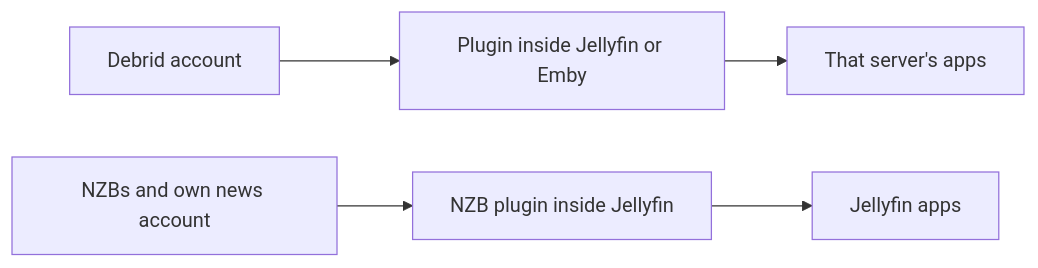
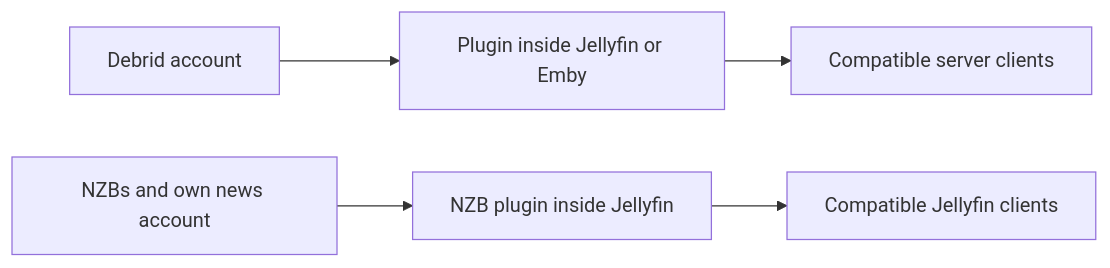
The second of 3 diagrams in guides/choose-your-setup.md (debridmediamanager/notes), drawn with Mermaid before and after one commit. The commit also changed other lines of this file and 3 other files, not shown here.

````diff
--- a/guides/choose-your-setup.md
+++ b/guides/choose-your-setup.md
@@ -66,7 +81,7 @@
 ```mermaid
 flowchart LR
     D[Debrid account] --> J[Plugin inside Jellyfin or Emby]
-    J --> A[That server's apps]
+    J --> A[Compatible server clients]
     U[NZBs and own news account] --> N[NZB plugin inside Jellyfin]
-    N --> F[Jellyfin apps]
+    N --> F[Compatible Jellyfin clients]
 ```
````
